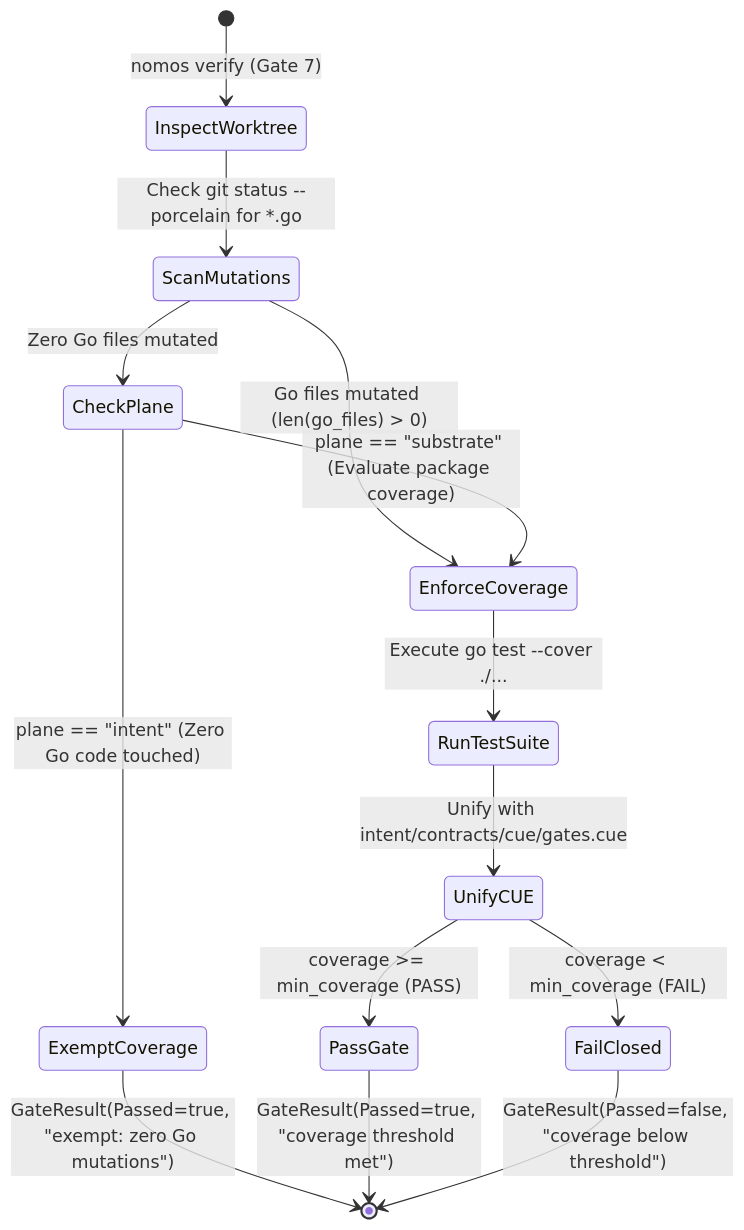
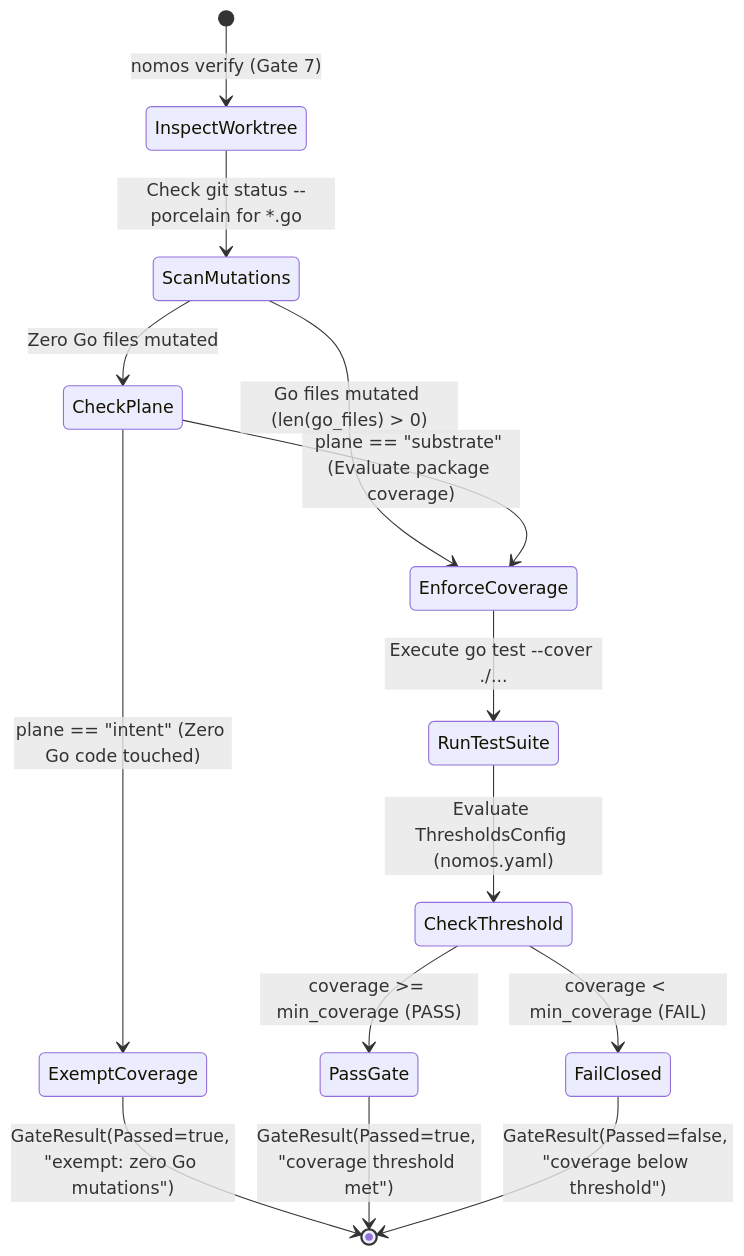
One commit to mgantlett/nomos changed the first of 2 diagrams in intent/architecture/specs/substrate/dod_coverage_lock_spec.md. Above: the diagram before and after it, drawn with Mermaid. The commit also changed other lines of this file and 59 other files, not shown here.

````diff
--- a/intent/architecture/specs/substrate/dod_coverage_lock_spec.md
+++ b/intent/architecture/specs/substrate/dod_coverage_lock_spec.md
@@ -56,24 +56,24 @@
 ```mermaid
 stateDiagram-v2
     [*] --> InspectWorktree: nomos verify (Gate 7)
     InspectWorktree --> ScanMutations: Check git status --porcelain for *.go
     
     state ScanMutations <<choice>>
     ScanMutations --> EnforceCoverage: Go files mutated (len(go_files) > 0)
     ScanMutations --> CheckPlane: Zero Go files mutated
 
     state CheckPlane <<choice>>
     CheckPlane --> ExemptCoverage: plane == "intent" (Zero Go code touched)
     CheckPlane --> EnforceCoverage: plane == "substrate" (Evaluate package coverage)
 
     EnforceCoverage --> RunTestSuite: Execute go test --cover ./...
-    RunTestSuite --> UnifyCUE: Unify with intent/contracts/cue/gates.cue
+    RunTestSuite --> CheckThreshold: Evaluate ThresholdsConfig (nomos.yaml)
     
-    state UnifyCUE <<choice>>
-    UnifyCUE --> PassGate: coverage >= min_coverage (PASS)
-    UnifyCUE --> FailClosed: coverage < min_coverage (FAIL)
+    state CheckThreshold <<choice>>
+    CheckThreshold --> PassGate: coverage >= min_coverage (PASS)
+    CheckThreshold --> FailClosed: coverage < min_coverage (FAIL)
 
     ExemptCoverage --> [*]: GateResult(Passed=true, "exempt: zero Go mutations")
     PassGate --> [*]: GateResult(Passed=true, "coverage threshold met")
     FailClosed --> [*]: GateResult(Passed=false, "coverage below threshold")
 ```
````
